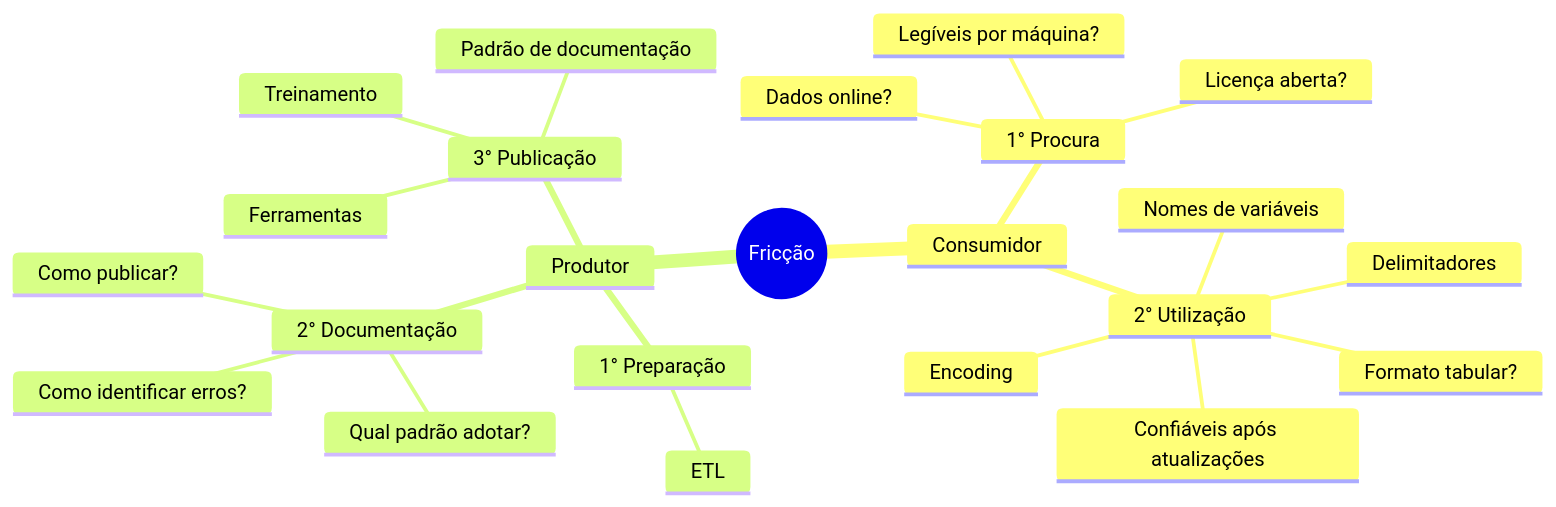
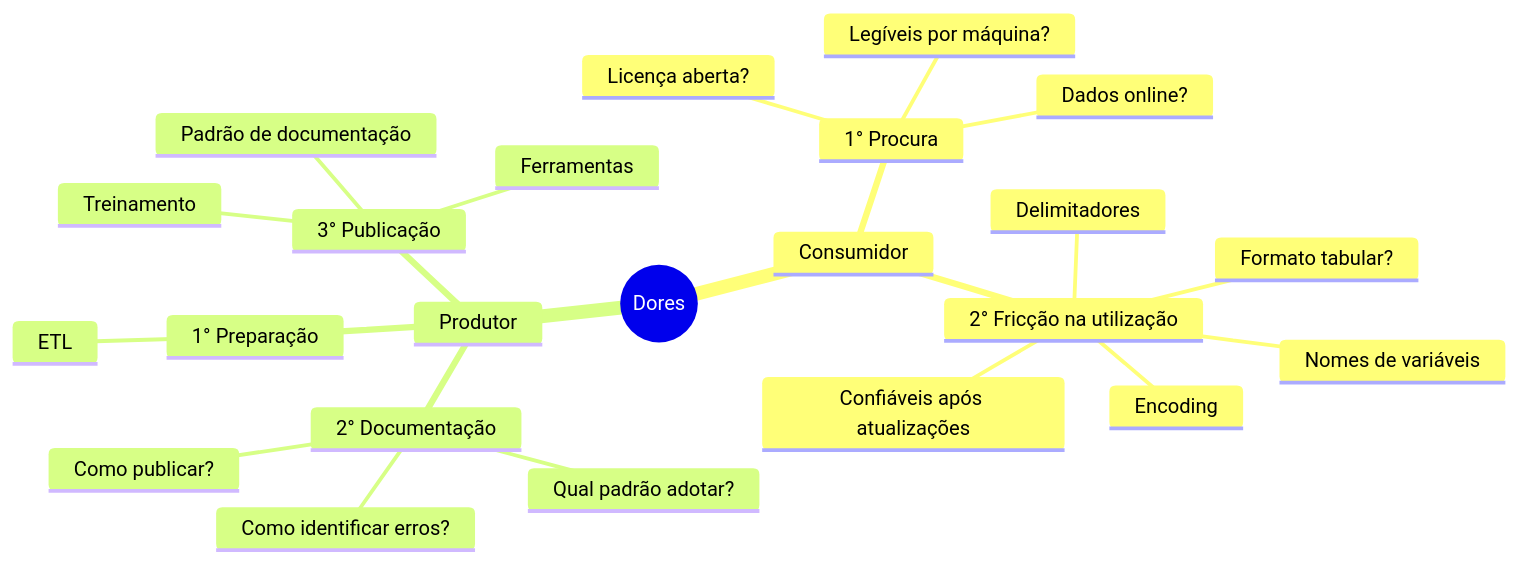
One commit to transparencia-mg/reveal.js changed the first of 2 diagrams in presentations/20230804_minas_de_dados_overview_dta/index.md. Above: the diagram before and after it, drawn with Mermaid. The commit also changed other lines of this file and 1 other file, not shown here.

Commit message:
Melhora com mindmap sobre ferramentas

````diff
--- a/presentations/20230804_minas_de_dados_overview_dta/index.md
+++ b/presentations/20230804_minas_de_dados_overview_dta/index.md
@@ -26,26 +26,26 @@
 ```mermaid
 mindmap
-  root((Fricção))
+  root((Dores))
     Consumidor
       1° Procura
         Dados online?
         Licença aberta?
         Legíveis por máquina?
-      2° Utilização
+      2° Fricção na utilização
         Formato tabular?
         Nomes de variáveis
         Encoding
         Delimitadores
         Confiáveis após atualizações
     Produtor
       1° Preparação
         ETL
       2° Documentação
         Qual padrão adotar?
         Como identificar erros?
         Como publicar?
       3° Publicação
         Ferramentas
         Treinamento
         Padrão de documentação
 ```
````
